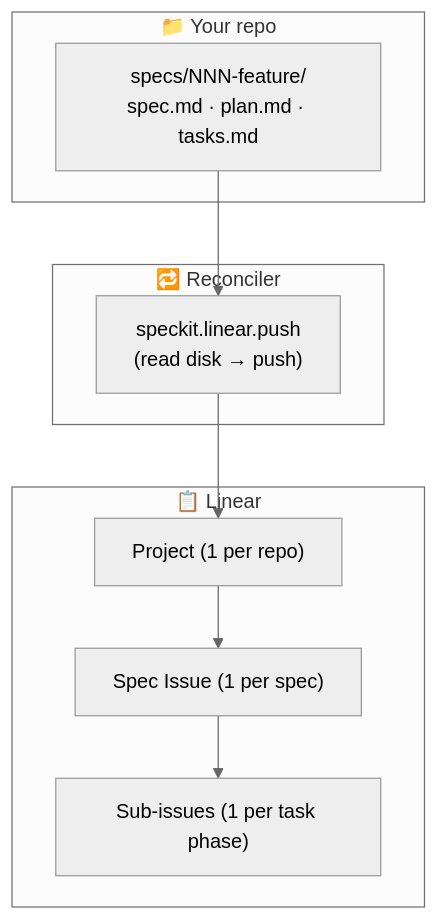
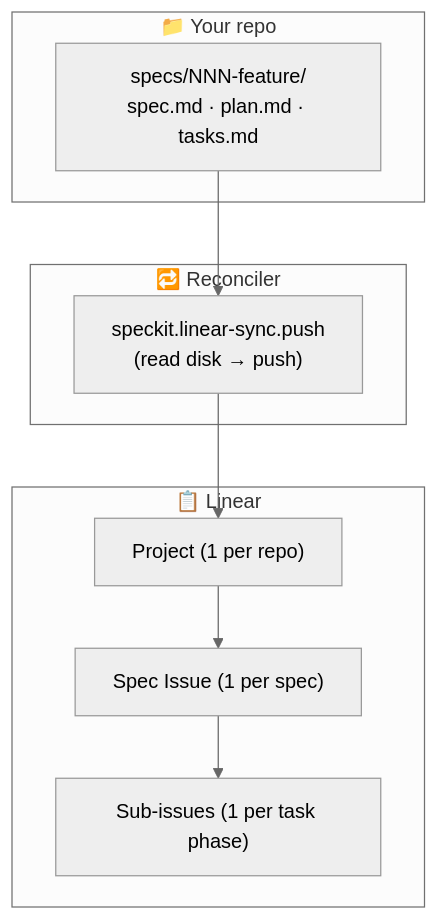
Before and after one commit to ashbrener/spec-kit-linear-sync: the first of 2 diagrams in README.md, drawn with Mermaid (neutral theme). The commit also changed other lines of this file and 36 other files, not shown here.

First line of the commit message:
chore(release)!: rename extension id linear → linear-sync (v0.3.0)

````diff
--- a/README.md
+++ b/README.md
@@ -26,18 +26,18 @@
 ```mermaid
 graph TD
     subgraph FS["📁 Your repo"]
         SpecDir["specs/NNN-feature/<br/>spec.md · plan.md · tasks.md"]
     end
     subgraph Bridge["🔁 Reconciler"]
-        Push["speckit.linear.push<br/>(read disk → push)"]
+        Push["speckit.linear-sync.push<br/>(read disk → push)"]
     end
     subgraph LN["📋 Linear"]
         Project["Project (1 per repo)"]
         Issue["Spec Issue (1 per spec)"]
         SubIssue["Sub-issues (1 per task phase)"]
         Project --> Issue
         Issue --> SubIssue
     end
     SpecDir --> Push
     Push --> Project
 ```
````
